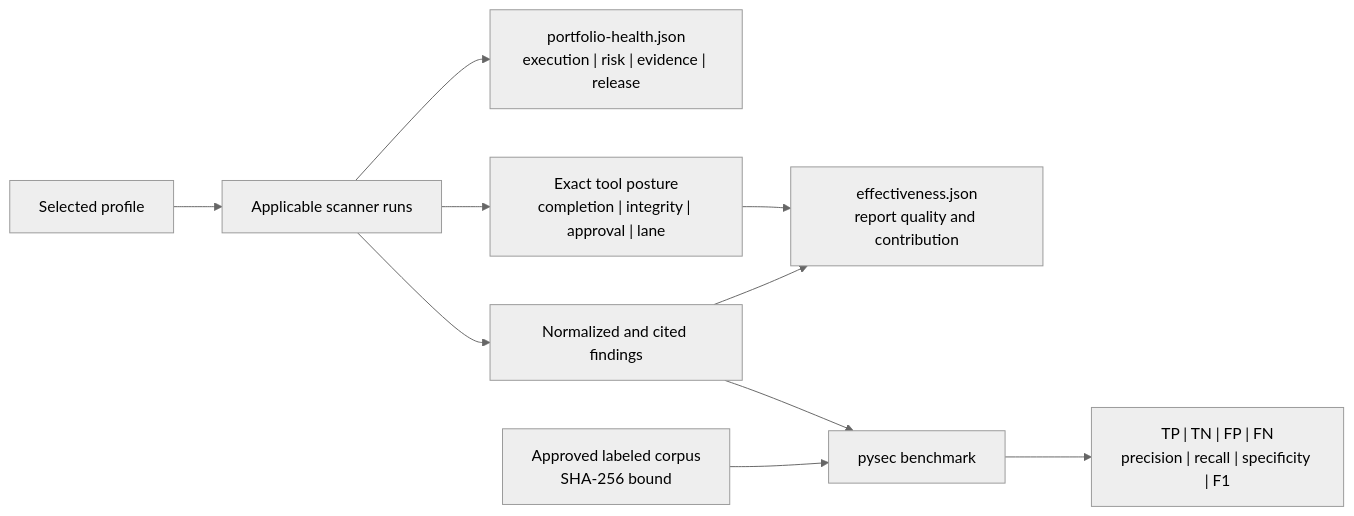
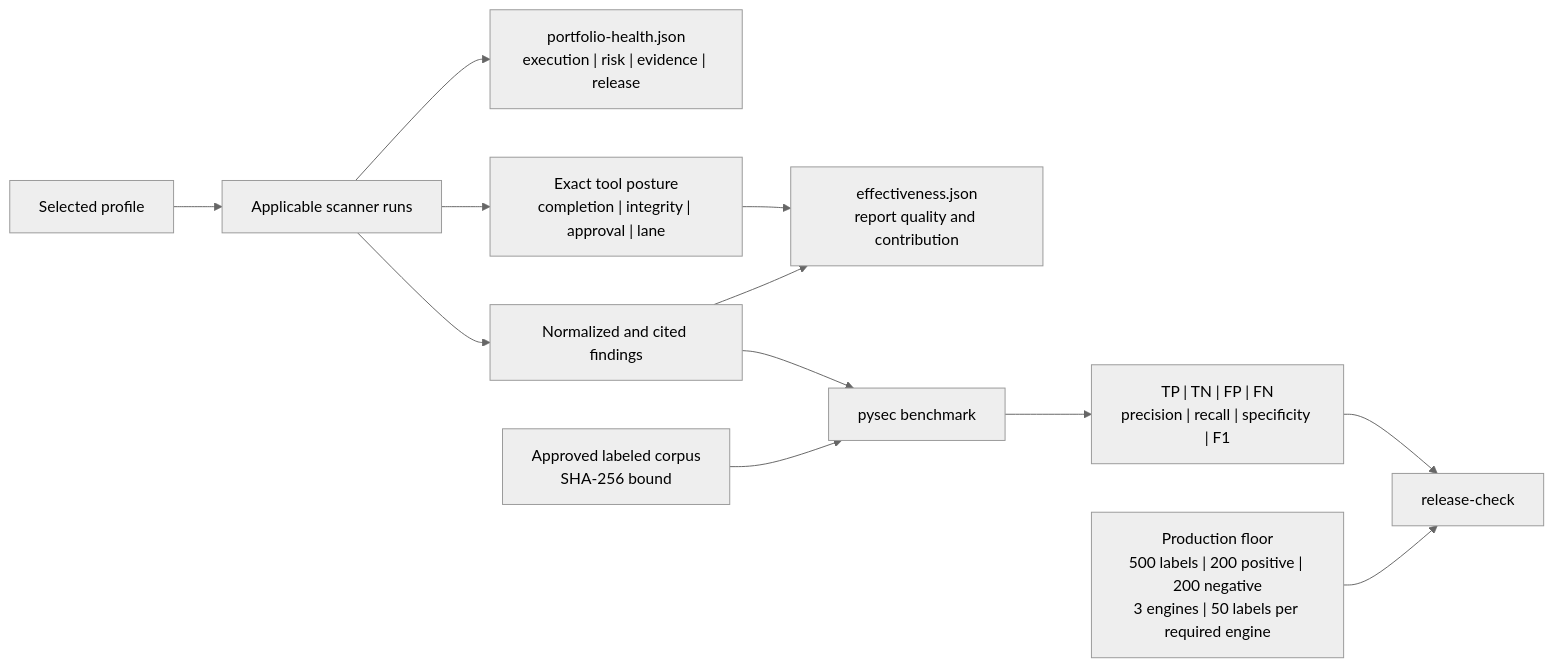
One commit to willtran87/project-py-security-suite changed the second of 2 diagrams in docs/effectiveness.md. Above: the diagram before and after it, drawn with Mermaid (neutral theme). The commit also changed other lines of this file and 303 other files, not shown here.

````diff
--- a/docs/effectiveness.md
+++ b/docs/effectiveness.md
@@ -22,12 +50,14 @@
 ```mermaid
 flowchart LR
     Profile["Selected profile"] --> Run["Applicable scanner runs"]
     Run --> Health["portfolio-health.json<br/>execution | risk | evidence | release"]
     Run --> Normalize["Normalized and cited findings"]
     Normalize --> Quality["effectiveness.json<br/>report quality and contribution"]
     Run --> Posture["Exact tool posture<br/>completion | integrity | approval | lane"]
     Posture --> Quality
     Corpus["Approved labeled corpus<br/>SHA-256 bound"] --> Benchmark["pysec benchmark"]
     Normalize --> Benchmark
     Benchmark --> Metrics["TP | TN | FP | FN<br/>precision | recall | specificity | F1"]
+    Floor["Production floor<br/>500 labels | 200 positive | 200 negative<br/>3 engines | 50 labels per required engine"] --> Release["release-check"]
+    Metrics --> Release
 ```
````
